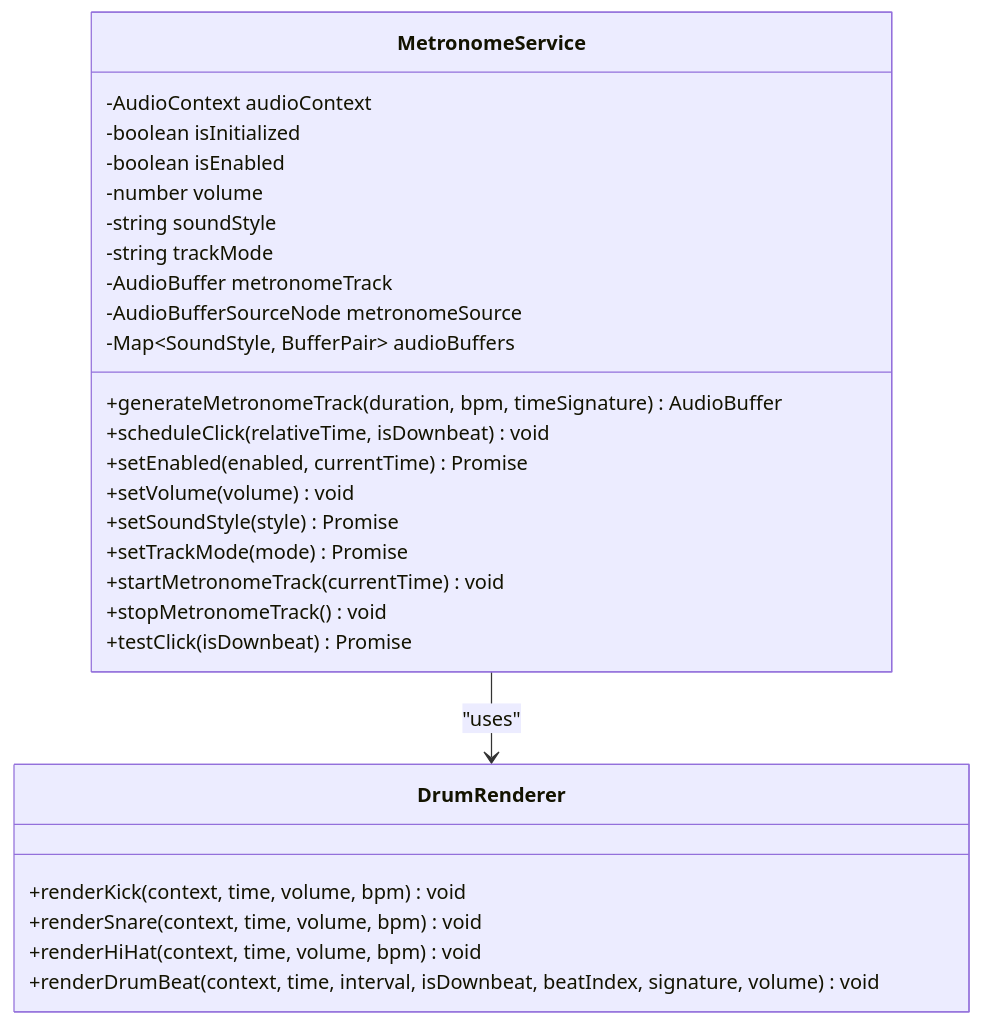
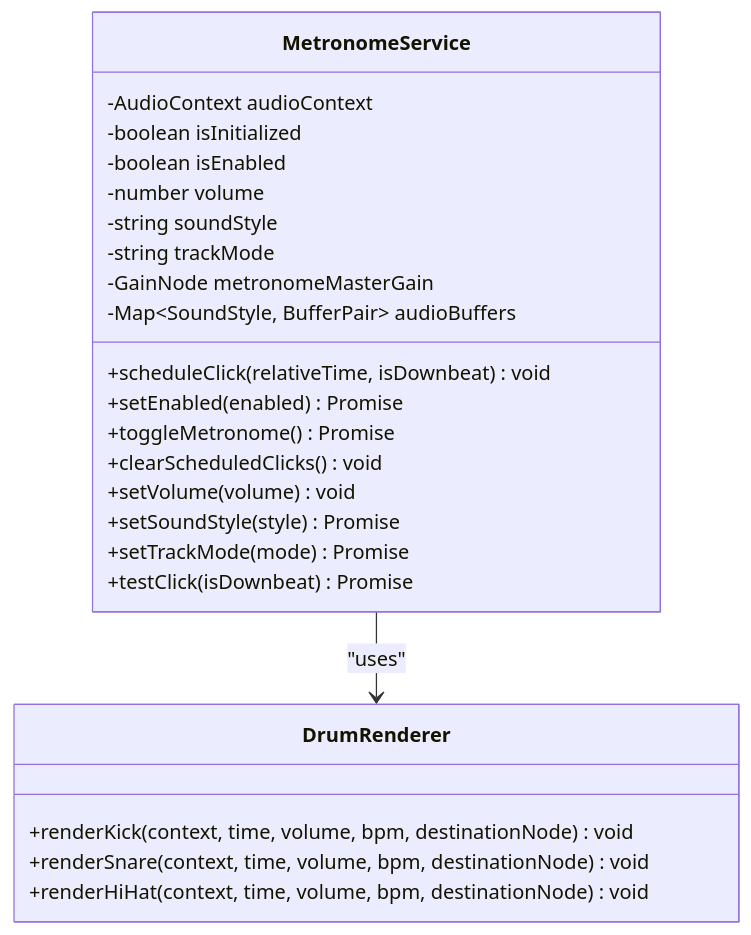
The seventh of 12 diagrams in .qoder/repowiki/en/content/Audio Processing and Analysis/Audio Playback System.md (ptnghia-j/ChordMiniApp), drawn with Mermaid before and after one commit. The commit also changed 22 other files, not shown here.

Commit message:
experimenting stagnated local beat alignment, patched metronome playback scheduling

````diff
--- a/.qoder/repowiki/en/content/Audio Processing and Analysis/Audio Playback System.md
+++ b/.qoder/repowiki/en/content/Audio Processing and Analysis/Audio Playback System.md
@@ -349,30 +349,27 @@
 ```mermaid
 classDiagram
 class MetronomeService {
 -AudioContext audioContext
 -boolean isInitialized
 -boolean isEnabled
 -number volume
 -string soundStyle
 -string trackMode
--AudioBuffer metronomeTrack
--AudioBufferSourceNode metronomeSource
+-GainNode metronomeMasterGain
 -Map~SoundStyle, BufferPair~ audioBuffers
-+generateMetronomeTrack(duration, bpm, timeSignature) AudioBuffer
 +scheduleClick(relativeTime, isDownbeat) void
-+setEnabled(enabled, currentTime) Promise<void>
++setEnabled(enabled) Promise<void>
++toggleMetronome() Promise<boolean>
++clearScheduledClicks() void
 +setVolume(volume) void
 +setSoundStyle(style) Promise<void>
 +setTrackMode(mode) Promise<void>
-+startMetronomeTrack(currentTime) void
-+stopMetronomeTrack() void
 +testClick(isDownbeat) Promise<void>
 }
 class DrumRenderer {
-+renderKick(context, time, volume, bpm) void
-+renderSnare(context, time, volume, bpm) void
-+renderHiHat(context, time, volume, bpm) void
-+renderDrumBeat(context, time, interval, isDownbeat, beatIndex, signature, volume) void
++renderKick(context, time, volume, bpm, destinationNode) void
++renderSnare(context, time, volume, bpm, destinationNode) void
++renderHiHat(context, time, volume, bpm, destinationNode) void
 }
 MetronomeService --> DrumRenderer : "uses"
 ```
````
